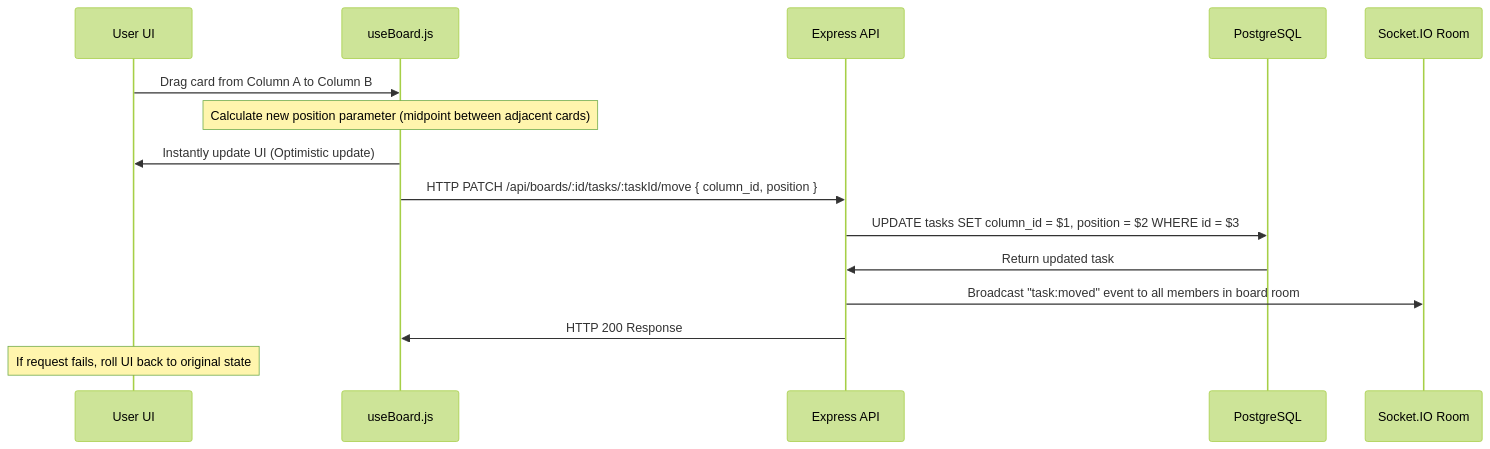
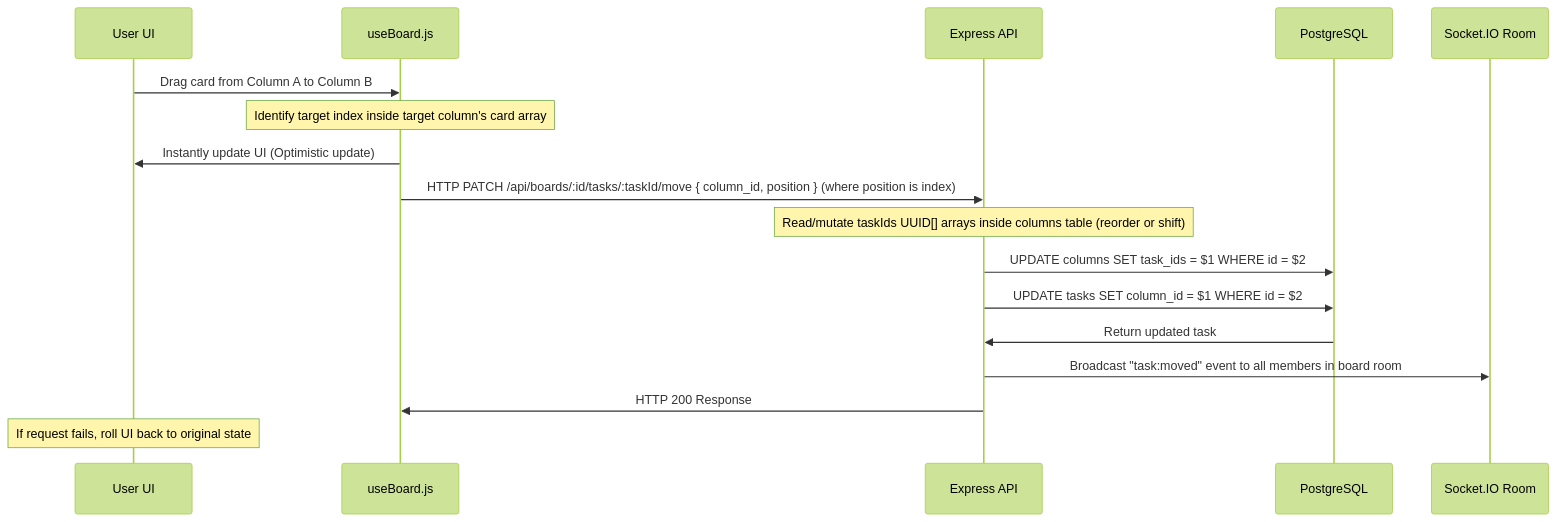
The third of 5 diagrams in docs/architecture.md (Injamulhasan/ai-kanban-board), drawn with Mermaid (forest theme) before and after one commit. The commit also changed other lines of this file and 3 other files, not shown here.

Commit message:
docs: update architecture, databases, context, and readme for simplification

````diff
--- a/docs/architecture.md
+++ b/docs/architecture.md
@@ -106,18 +105,20 @@
 ```mermaid
 sequenceDiagram
     participant User as User UI
     participant Hook as useBoard.js
     participant Server as Express API
     participant DB as PostgreSQL
     participant Room as Socket.IO Room
 
     User->>Hook: Drag card from Column A to Column B
-    Note over Hook: Calculate new position parameter (midpoint between adjacent cards)
+    Note over Hook: Identify target index inside target column's card array
     Hook->>User: Instantly update UI (Optimistic update)
-    Hook->>Server: HTTP PATCH /api/boards/:id/tasks/:taskId/move { column_id, position }
-    Server->>DB: UPDATE tasks SET column_id = $1, position = $2 WHERE id = $3
+    Hook->>Server: HTTP PATCH /api/boards/:id/tasks/:taskId/move { column_id, position } (where position is index)
+    Note over Server: Read/mutate taskIds UUID[] arrays inside columns table (reorder or shift)
+    Server->>DB: UPDATE columns SET task_ids = $1 WHERE id = $2
+    Server->>DB: UPDATE tasks SET column_id = $1 WHERE id = $2
     DB->>Server: Return updated task
     Server->>Room: Broadcast "task:moved" event to all members in board room
     Server->>Hook: HTTP 200 Response
     Note over User: If request fails, roll UI back to original state
 ```
````
